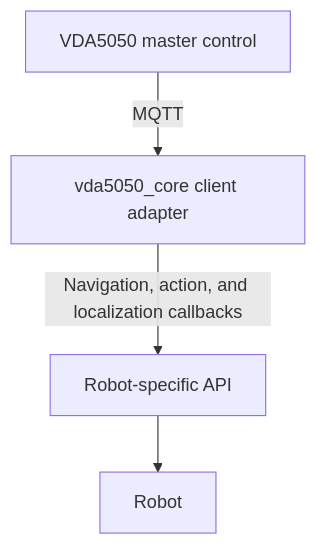
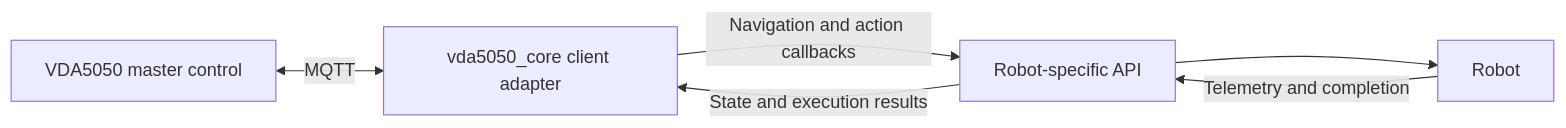
One commit to eileentyz/vda5050_core changed the second of 2 diagrams in vda5050_core/docs/rmf-migration.md. Above: the diagram before and after it, drawn with Mermaid. The commit also changed other lines of this file and 3 other files, not shown here.

````diff
--- a/vda5050_core/docs/rmf-migration.md
+++ b/vda5050_core/docs/rmf-migration.md
@@ -64,11 +45,8 @@
 ```mermaid
-flowchart TD
-    A[VDA5050 master control]
-    B[vda5050_core client adapter]
-    C[Robot-specific API]
-    D[Robot]
-
-    A -->|MQTT| B
-    B -->|Navigation, action, and localization callbacks| C
-    C --> D
+flowchart LR
+    Master[VDA5050 master control] <-->|MQTT| Adapter[vda5050_core client adapter]
+    Adapter -->|Navigation and action callbacks| API[Robot-specific API]
+    API --> Robot
+    Robot -->|Telemetry and completion| API
+    API -->|State and execution results| Adapter
 ```
````
